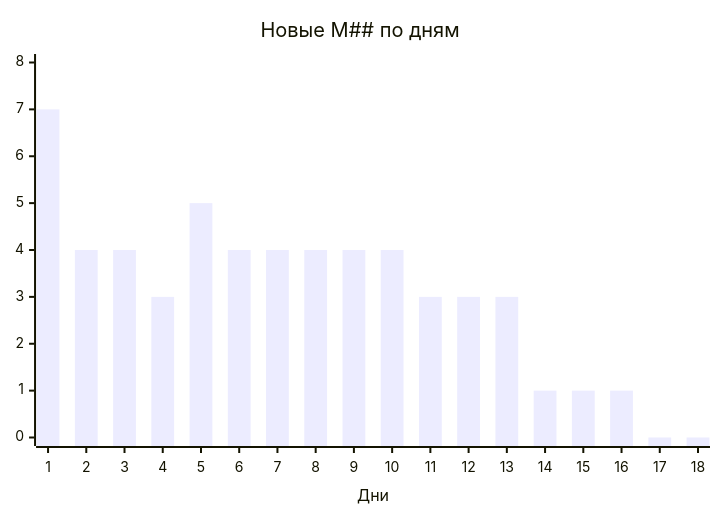
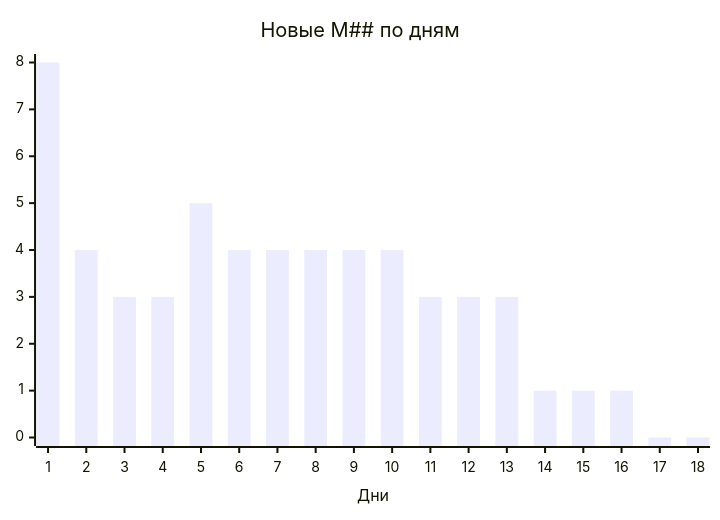
One commit to ExecBit/language-life-sim changed the third of 4 diagrams in implementations/story_rpg/docs/ACT_DAY_PROGRESSION_MAP.md. Above: the diagram before and after it, drawn with Mermaid. The commit also changed other lines of this file, not shown here.

````diff
--- a/implementations/story_rpg/docs/ACT_DAY_PROGRESSION_MAP.md
+++ b/implementations/story_rpg/docs/ACT_DAY_PROGRESSION_MAP.md
@@ -74,7 +74,7 @@
 ```mermaid
 xychart-beta
     title "Новые M## по дням"
     x-axis "Дни" [1, 2, 3, 4, 5, 6, 7, 8, 9, 10, 11, 12, 13, 14, 15, 16, 17, 18]
     y-axis 0 --> 8
-    bar [7, 4, 4, 3, 5, 4, 4, 4, 4, 4, 3, 3, 3, 1, 1, 1, 0, 0]
+    bar [8, 4, 3, 3, 5, 4, 4, 4, 4, 4, 3, 3, 3, 1, 1, 1, 0, 0]
 ```
````
